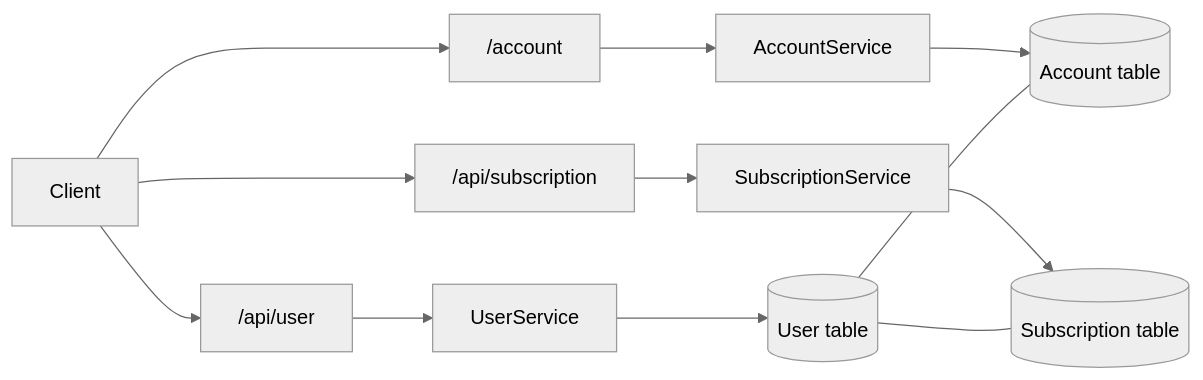
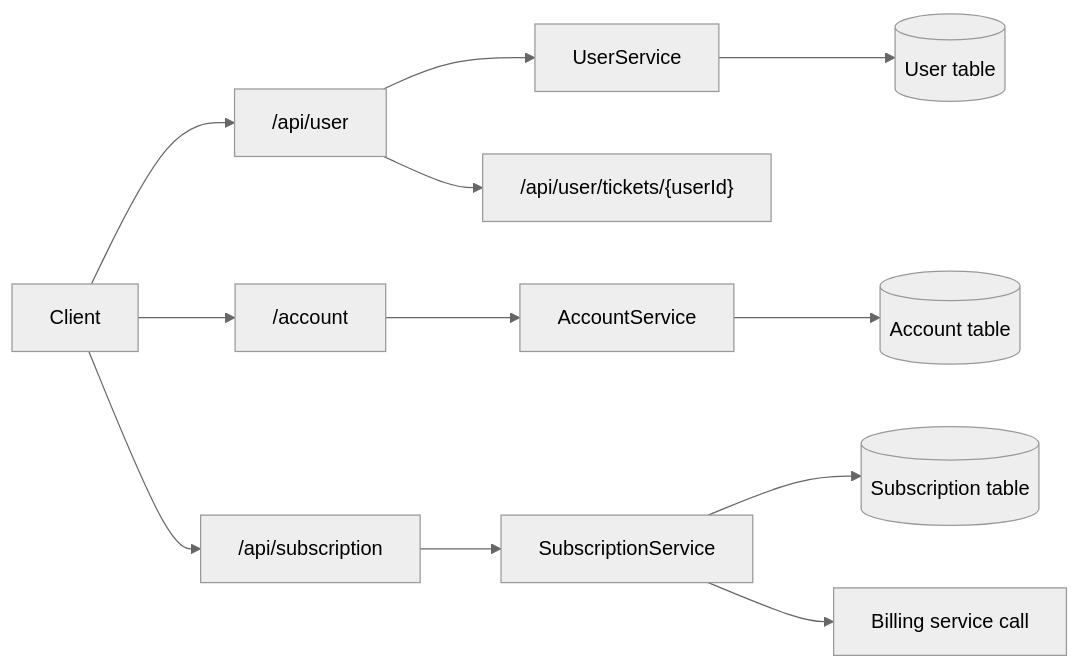
Before and after one commit to byte2code/telecom-subscription-service: the diagram in README.md, drawn with Mermaid (neutral theme). The commit also changed other lines of this file and 6 other files, not shown here.

````diff
--- a/README.md
+++ b/README.md
@@ -183,17 +204,17 @@
 ```mermaid
 flowchart LR
     Client[Client] --> UserAPI["/api/user"]
     Client --> AccountAPI["/account"]
     Client --> SubAPI["/api/subscription"]
 
     UserAPI --> UserService["UserService"]
     AccountAPI --> AccountService["AccountService"]
     SubAPI --> SubService["SubscriptionService"]
 
     UserService --> UserDB[(User table)]
     AccountService --> AccountDB[(Account table)]
     SubService --> SubDB[(Subscription table)]
 
-    UserDB --- AccountDB
-    UserDB --- SubDB
+    SubService --> Billing["Billing service call"]
+    UserAPI --> TicketAPI["/api/user/tickets/{userId}"]
 ```
````
